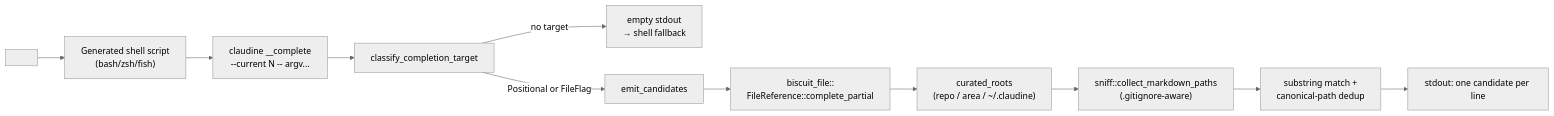
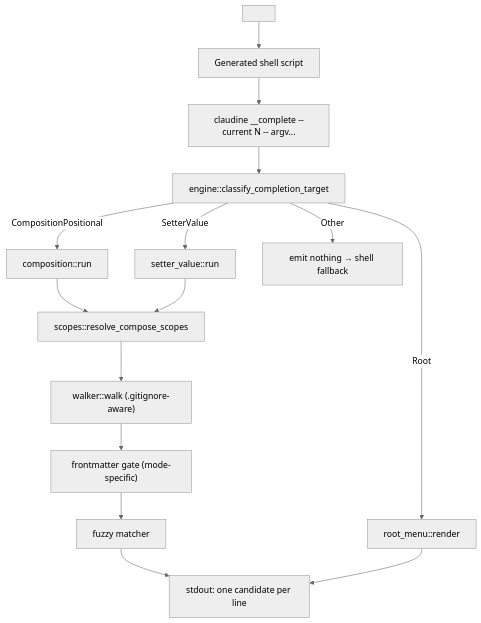
The diagram in claudine/docs/topics/shell-completions.md (yankeeinlondon/rusty-biscuit), drawn with Mermaid (neutral theme) before and after one commit. The commit also changed other lines of this file and 1 other file, not shown here.

First line of the commit message:
docs(claudine): document Phase 5 completion engine architecture

````diff
--- a/claudine/docs/topics/shell-completions.md
+++ b/claudine/docs/topics/shell-completions.md
@@ -210,13 +483,17 @@
 ```mermaid
-flowchart LR
-    A["<TAB>"] --> B["Generated shell script<br/>(bash/zsh/fish)"]
-    B --> C["claudine __complete<br/>--current N -- argv..."]
-    C --> D["classify_completion_target"]
-    D -- "no target" --> E["empty stdout<br/>→ shell fallback"]
-    D -- "Positional or FileFlag" --> F["emit_candidates"]
-    F --> G["biscuit_file::<br/>FileReference::complete_partial"]
-    G --> H["curated_roots<br/>(repo / area / ~/.claudine)"]
-    H --> I["sniff::collect_markdown_paths<br/>(.gitignore-aware)"]
-    I --> J["substring match +<br/>canonical-path dedup"]
-    J --> K["stdout: one candidate per line"]
+flowchart TD
+    A["<TAB>"] --> B["Generated shell script"]
+    B --> C["claudine __complete --current N -- argv..."]
+    C --> D["engine::classify_completion_target"]
+    D -->|Root| E["root_menu::render"]
+    D -->|CompositionPositional| F["composition::run"]
+    D -->|SetterValue| G["setter_value::run"]
+    D -->|Other| H["emit nothing → shell fallback"]
+    F --> I["scopes::resolve_compose_scopes"]
+    G --> I
+    I --> J["walker::walk (.gitignore-aware)"]
+    J --> K["frontmatter gate (mode-specific)"]
+    K --> L["fuzzy matcher"]
+    L --> M["stdout: one candidate per line"]
+    E --> M
 ```
````
